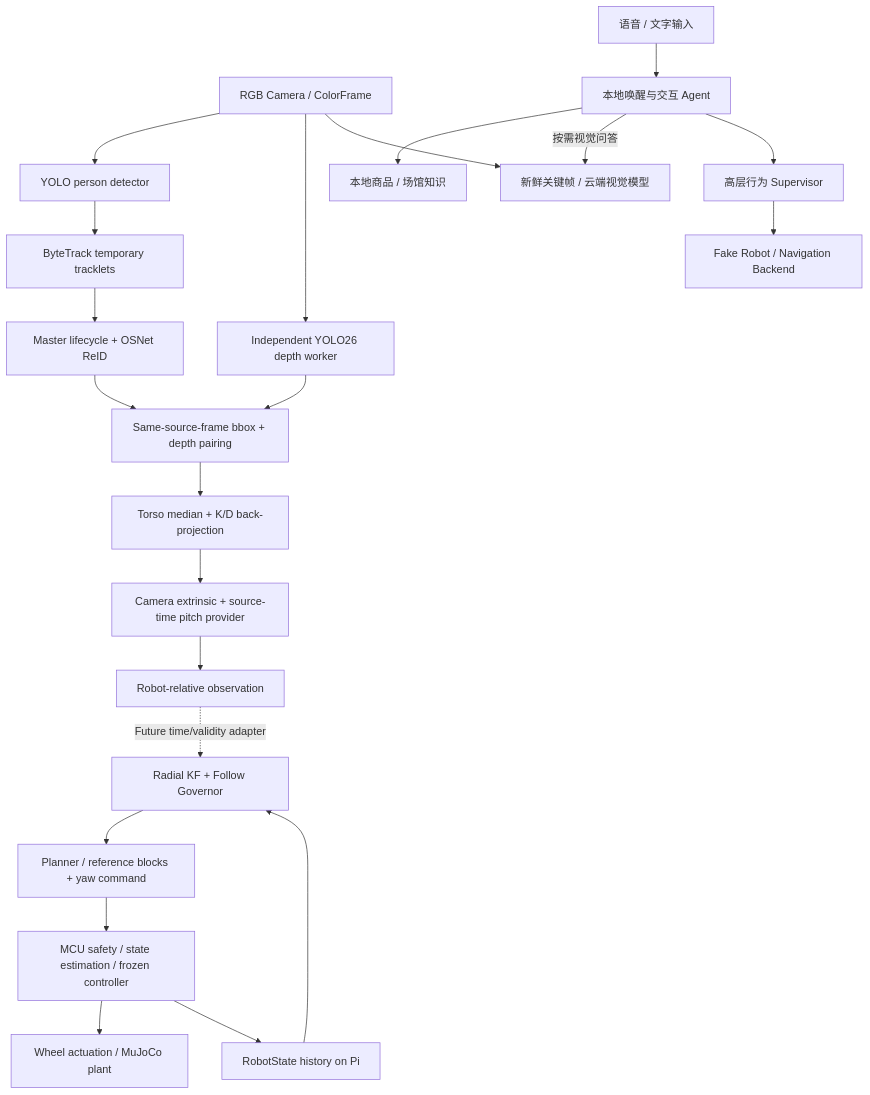
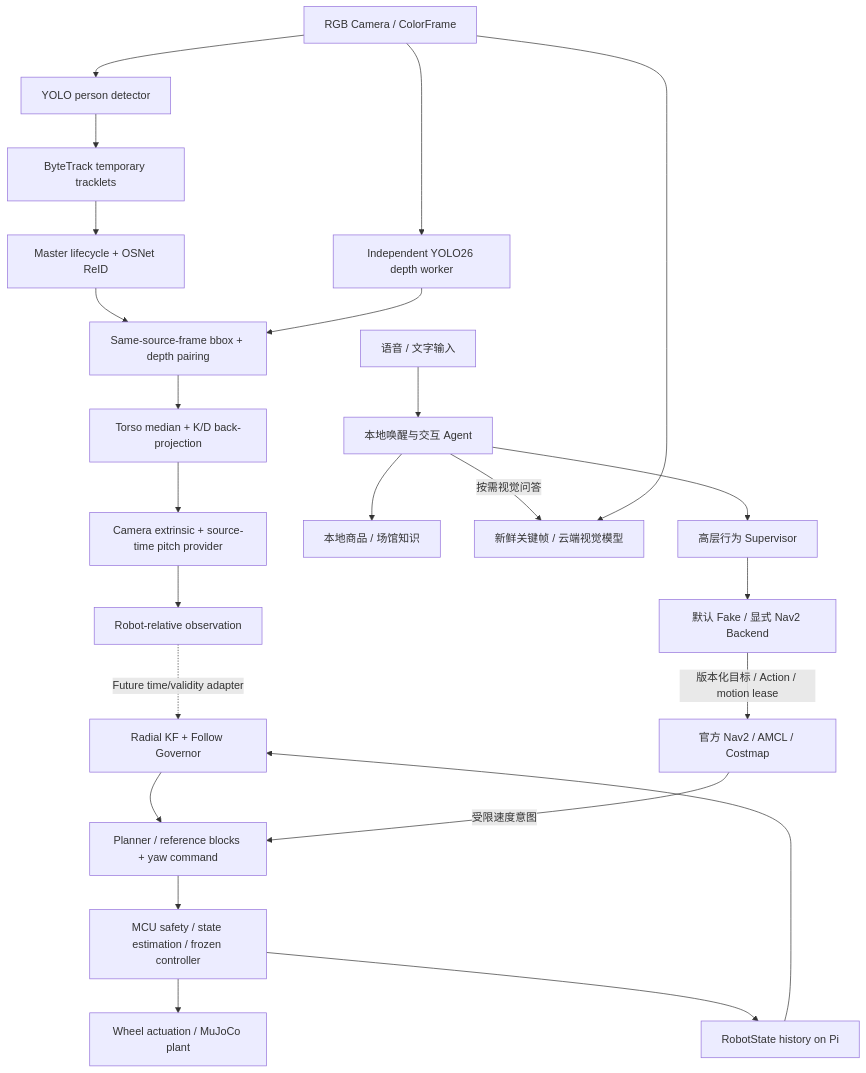
The diagram in README.md (Kyliangarnacho/CompanionBot), drawn with Mermaid before and after one commit. The commit also changed other lines of this file and 434 other files, not shown here.

````diff
--- a/README.md
+++ b/README.md
@@ -18,24 +19,26 @@
 ```mermaid
 flowchart TD
     C[RGB Camera / ColorFrame] --> D[YOLO person detector]
     D --> T[ByteTrack temporary tracklets]
     T --> M[Master lifecycle + OSNet ReID]
     C --> Z[Independent YOLO26 depth worker]
     M --> P[Same-source-frame bbox + depth pairing]
     Z --> P
     P --> G[Torso median + K/D back-projection]
     G --> R[Camera extrinsic + source-time pitch provider]
     R --> O[Robot-relative observation]
     O -. Future time/validity adapter .-> F[Radial KF + Follow Governor]
     F --> S[Planner / reference blocks + yaw command]
     S --> MCU[MCU safety / state estimation / frozen controller]
     MCU --> W[Wheel actuation / MuJoCo plant]
     MCU --> H[RobotState history on Pi]
     H --> F
     U[语音 / 文字输入] --> A[本地唤醒与交互 Agent]
     A --> K[本地商品 / 场馆知识]
     A -->|按需视觉问答| V[新鲜关键帧 / 云端视觉模型]
     C --> V
     A --> B[高层行为 Supervisor]
-    B --> E[Fake Robot / Navigation Backend]
+    B --> E[默认 Fake / 显式 Nav2 Backend]
+    E -->|版本化目标 / Action / motion lease| N[官方 Nav2 / AMCL / Costmap]
+    N -->|受限速度意图| S
 ```
````
